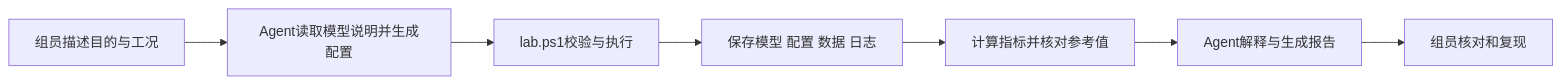
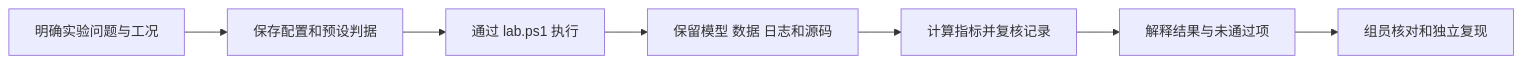
Before and after one commit to LYX2LK/Typhoon-HIL-lab-workflow: the diagram in docs/agent-workflow.md, drawn with Mermaid. The commit also changed other lines of this file and 31 other files, not shown here.

````diff
--- a/docs/agent-workflow.md
+++ b/docs/agent-workflow.md
@@ -13,9 +13,9 @@
 ```mermaid
 flowchart LR
-    A[组员描述目的与工况] --> B[Agent读取模型说明并生成配置]
-    B --> C[lab.ps1校验与执行]
-    C --> D[保存模型 配置 数据 日志]
-    D --> E[计算指标并核对参考值]
-    E --> F[Agent解释与生成报告]
-    F --> G[组员核对和复现]
+    A[明确实验问题与工况] --> B[保存配置和预设判据]
+    B --> C[通过 lab.ps1 执行]
+    C --> D[保留模型 数据 日志和源码]
+    D --> E[计算指标并复核记录]
+    E --> F[解释结果与未通过项]
+    F --> G[组员核对和独立复现]
 ```
````
